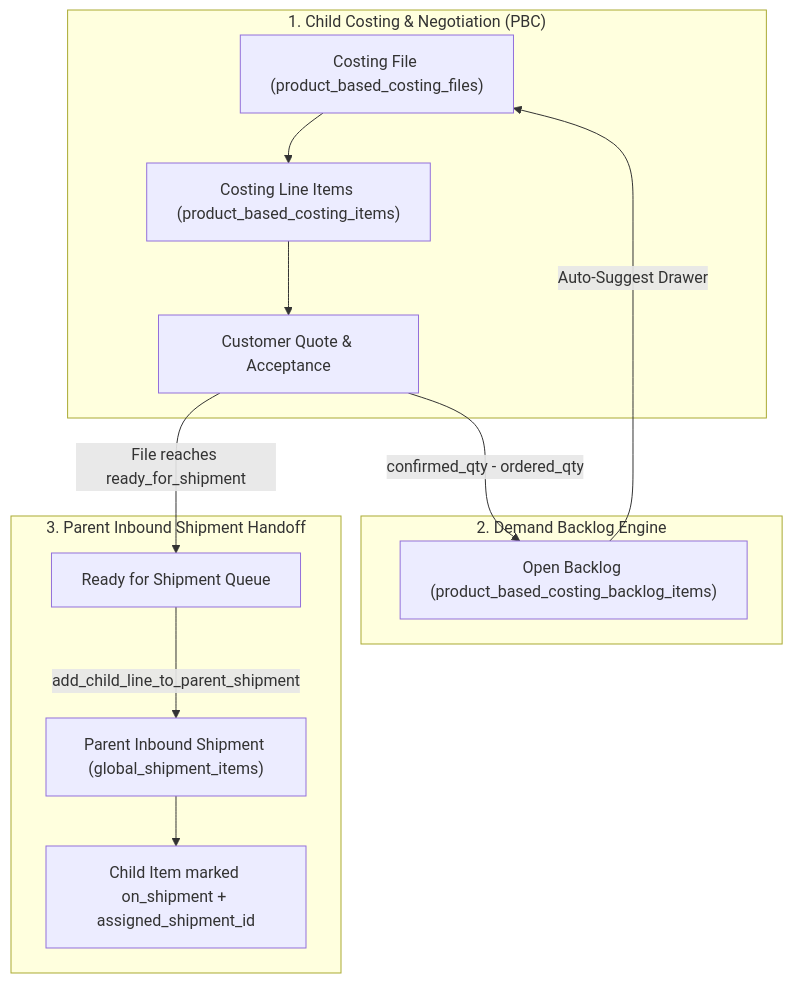
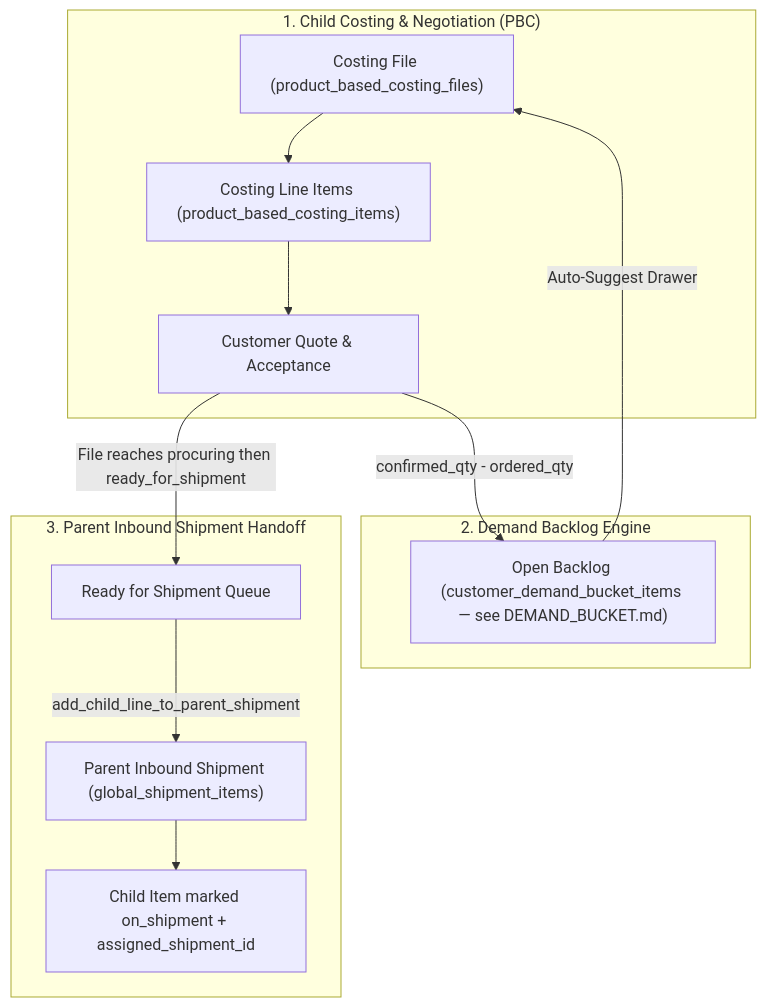
One commit to david-git-2/brandwala-wholesale-quasar-v2 changed the first of 2 diagrams in doc/product_based_costing/PBC_COSTING.md. Above: the diagram before and after it, drawn with Mermaid. The commit also changed other lines of this file and 20 other files, not shown here.

````diff
--- a/doc/product_based_costing/PBC_COSTING.md
+++ b/doc/product_based_costing/PBC_COSTING.md
@@ -11,18 +11,18 @@
 ```mermaid
 flowchart TD
     subgraph ChildPBC ["1. Child Costing & Negotiation (PBC)"]
         CF["Costing File (product_based_costing_files)"] --> ITEMS["Costing Line Items (product_based_costing_items)"]
         ITEMS --> QUOTE["Customer Quote & Acceptance"]
     end
 
     subgraph BacklogEngine ["2. Demand Backlog Engine"]
-        QUOTE -->|confirmed_qty - ordered_qty| BL["Open Backlog (product_based_costing_backlog_items)"]
+        QUOTE -->|confirmed_qty - ordered_qty| BL["Open Backlog (customer_demand_bucket_items — see DEMAND_BUCKET.md)"]
         BL -->|Auto-Suggest Drawer| CF
     end
 
     subgraph ParentHandoff ["3. Parent Inbound Shipment Handoff"]
-        QUOTE -->|File reaches ready_for_shipment| READY["Ready for Shipment Queue"]
+        QUOTE -->|File reaches procuring then ready_for_shipment| READY["Ready for Shipment Queue"]
         READY -->|add_child_line_to_parent_shipment| SHIP["Parent Inbound Shipment (global_shipment_items)"]
         SHIP --> STAMP["Child Item marked on_shipment + assigned_shipment_id"]
     end
 ```
````
